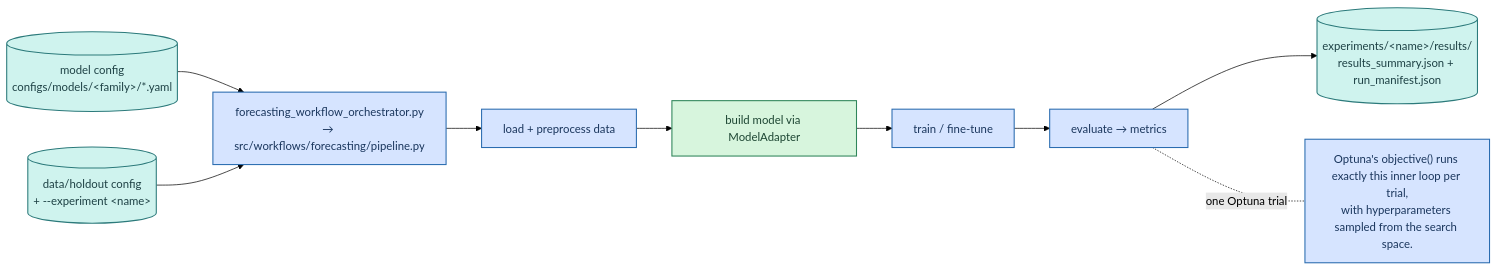
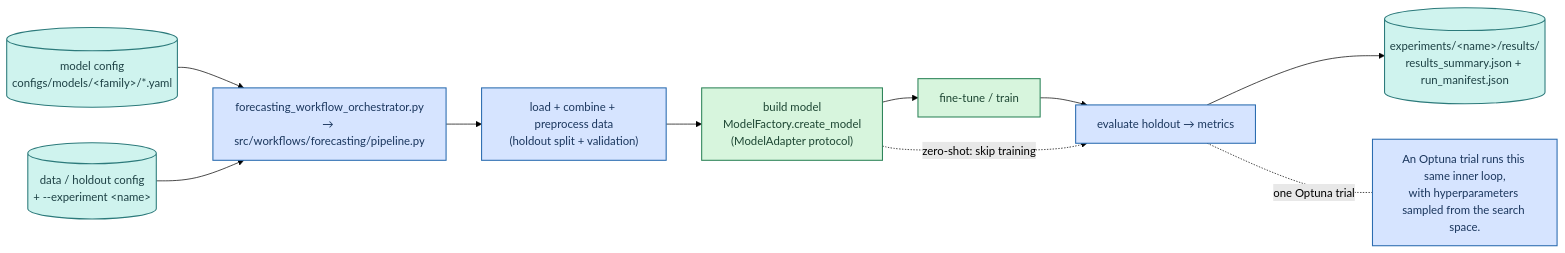
Before and after one commit to Blood-Glucose-Control/GlucoFoundry: the diagram in agent_notes/diagrams/single_model_training_workflow.mmd, drawn with Mermaid (forest theme). The commit also changed 7 other files, not shown here.

````diff
--- a/agent_notes/diagrams/single_model_training_workflow.mmd
+++ b/agent_notes/diagrams/single_model_training_workflow.mmd
@@ -1,22 +1,26 @@
-%% Single-model training/eval — the "one run" that Optuna wraps per trial.
+%% Single-model training/eval — the generic forecasting pipeline (one config → metrics).
+%% This inner loop is what Optuna's objective() runs per trial.
+%% Palette/legend documented in docs/architecture/workflows.md (the published home).
 %% Render: GitHub renders ```mermaid blocks natively; or `mmdc -i single_model_training_workflow.mmd -o single_model_training_workflow.png`.
 flowchart LR
     classDef io fill:#CFF3EE,stroke:#2C7A7B,color:#1D4044,stroke-width:1.5px;
     classDef core fill:#D6E4FF,stroke:#2B6CB0,color:#1A365D,stroke-width:1.5px;
     classDef model fill:#D7F5DD,stroke:#2F855A,color:#1C4532,stroke-width:1.5px;
 
     MC[("model config<br/>configs/models/&lt;family&gt;/*.yaml")]:::io
-    DC[("data/holdout config<br/>+ --experiment &lt;name&gt;")]:::io
+    DC[("data / holdout config<br/>+ --experiment &lt;name&gt;")]:::io
     O["forecasting_workflow_orchestrator.py<br/>→ src/workflows/forecasting/pipeline.py"]:::core
-    LD["load + preprocess data"]:::core
-    M["build model via ModelAdapter"]:::model
-    TR["train / fine-tune"]:::core
-    EV["evaluate → metrics"]:::core
+    LD["load + combine + preprocess data<br/>(holdout split + validation)"]:::core
+    M["build model<br/>ModelFactory.create_model<br/>(ModelAdapter protocol)"]:::model
+    TR["fine-tune / train"]:::model
+    EV["evaluate holdout → metrics"]:::core
     R[("experiments/&lt;name&gt;/results/<br/>results_summary.json + run_manifest.json")]:::io
 
     MC --> O
     DC --> O
-    O --> LD --> M --> TR --> EV --> R
+    O --> LD --> M
+    M --> TR --> EV --> R
+    M -. "zero-shot: skip training" .-> EV
 
-    note["Optuna's objective() runs exactly this inner loop per trial,<br/>with hyperparameters sampled from the search space."]:::core
-    EV -. "one Optuna trial" .- note
+    NOTE["An Optuna trial runs this same inner loop,<br/>with hyperparameters sampled from the search space."]:::core
+    EV -. "one Optuna trial" .- NOTE
````
